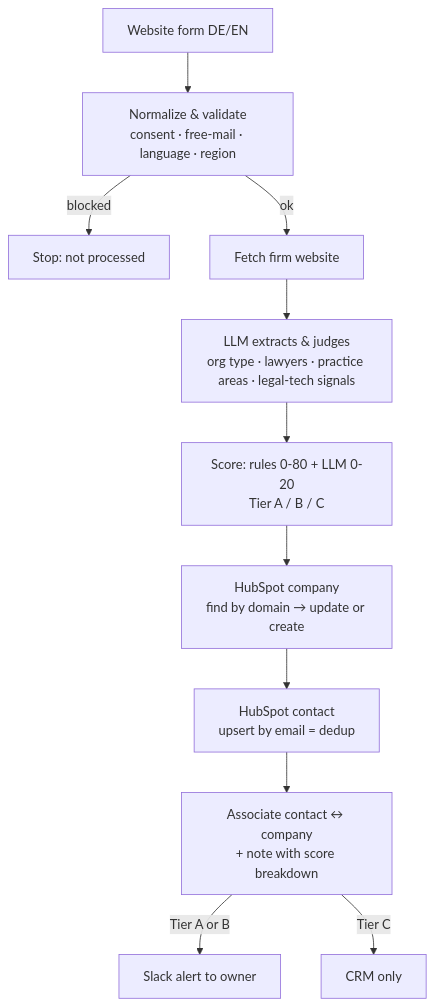
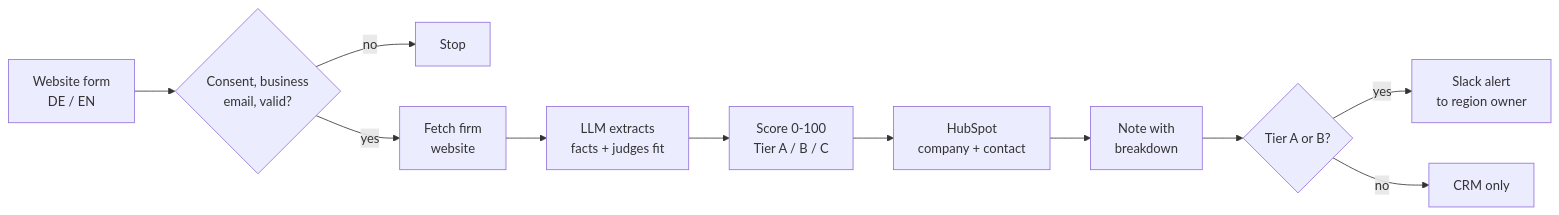
One commit to anat100/Lead-enrichment-and-routing-engine changed the diagram in README.md. Above: the diagram before and after it, drawn with Mermaid. The commit also changed other lines of this file and 34 other files, not shown here.

````diff
--- a/README.md
+++ b/README.md
@@ -11,13 +49,13 @@
 ```mermaid
-flowchart TD
-    A[Website form DE/EN] --> B[Normalize & validate<br/>consent · free-mail · language · region]
-    B -->|blocked| X[Stop: not processed]
-    B -->|ok| C[Fetch firm website]
-    C --> D[LLM extracts & judges<br/>org type · lawyers · practice areas · legal-tech signals]
-    D --> E[Score: rules 0-80 + LLM 0-20<br/>Tier A / B / C]
-    E --> F[HubSpot company<br/>find by domain → update or create]
-    F --> G[HubSpot contact<br/>upsert by email = dedup]
-    G --> H[Associate contact ↔ company<br/>+ note with score breakdown]
-    H -->|Tier A or B| I[Slack alert to owner]
-    H -->|Tier C| J[CRM only]
+flowchart LR
+    A[Website form<br/>DE / EN] --> B{Consent, business<br/>email, valid?}
+    B -- no --> X[Stop]
+    B -- yes --> C[Fetch firm<br/>website]
+    C --> D[LLM extracts<br/>facts + judges fit]
+    D --> E[Score 0-100<br/>Tier A / B / C]
+    E --> F[HubSpot<br/>company + contact]
+    F --> G[Note with<br/>breakdown]
+    G --> H{Tier A or B?}
+    H -- yes --> I[Slack alert<br/>to region owner]
+    H -- no --> J[CRM only]
 ```
````
